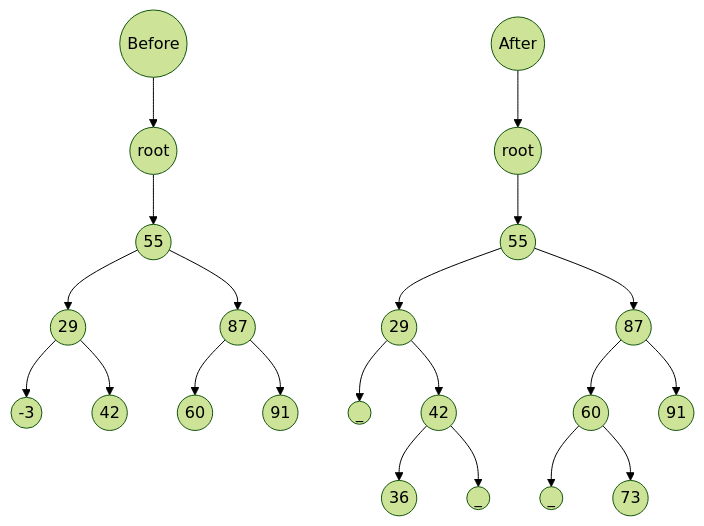
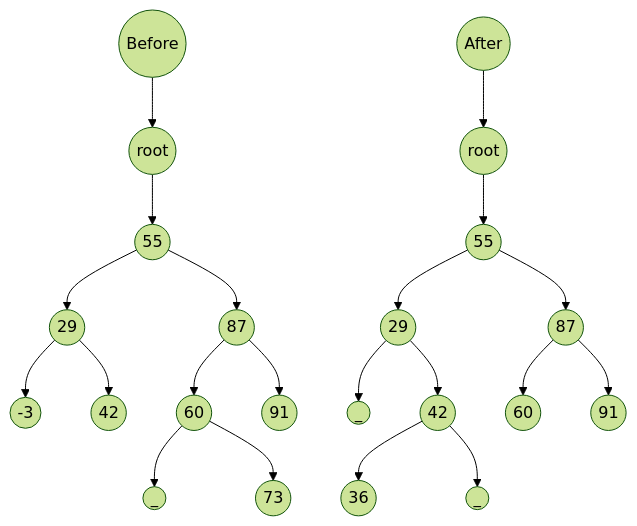
One commit to jayshozie/ceng301 changed the tenth of 11 diagrams in lecture-notes/w07.md. Above: the diagram before and after it, drawn with Mermaid (forest theme).

Commit message:
fixed? the tree in w07.md#remove

````diff
--- a/lecture-notes/w07.md
+++ b/lecture-notes/w07.md
@@ -733,28 +733,28 @@
 ```mermaid
 graph TB
 
 A1((Before)) --> A((root))
 A --> B((55))
 
 B --> C((29))
 C --> E(("-3"))
 C --> F((42))
 
 B --> D((87))
 D --> G((60))
 D --> H((91))
+G --> I((_))
+G --> J((73))
 
-A2((After)) --> I((root))
-I --> J((55))
-J --> K((29))
-K --> Z((_))
-K --> M((42))
-M --> N((36))
-M --> Y((_))
+A2((After)) --> B2((root))
+B2 --> C2((55))
+C2 --> D2((29))
+D2 --> Z((_))
+D2 --> E2((42))
+E2 --> F2((36))
+E2 --> Y((_))
 
-J --> L((87))
-L --> O((60))
-O --> X((_))
-O --> Q((73))
-L --> P((91))
+C2 --> G2((87))
+G2 --> H2((60))
+G2 --> I2((91))
 ```
````
